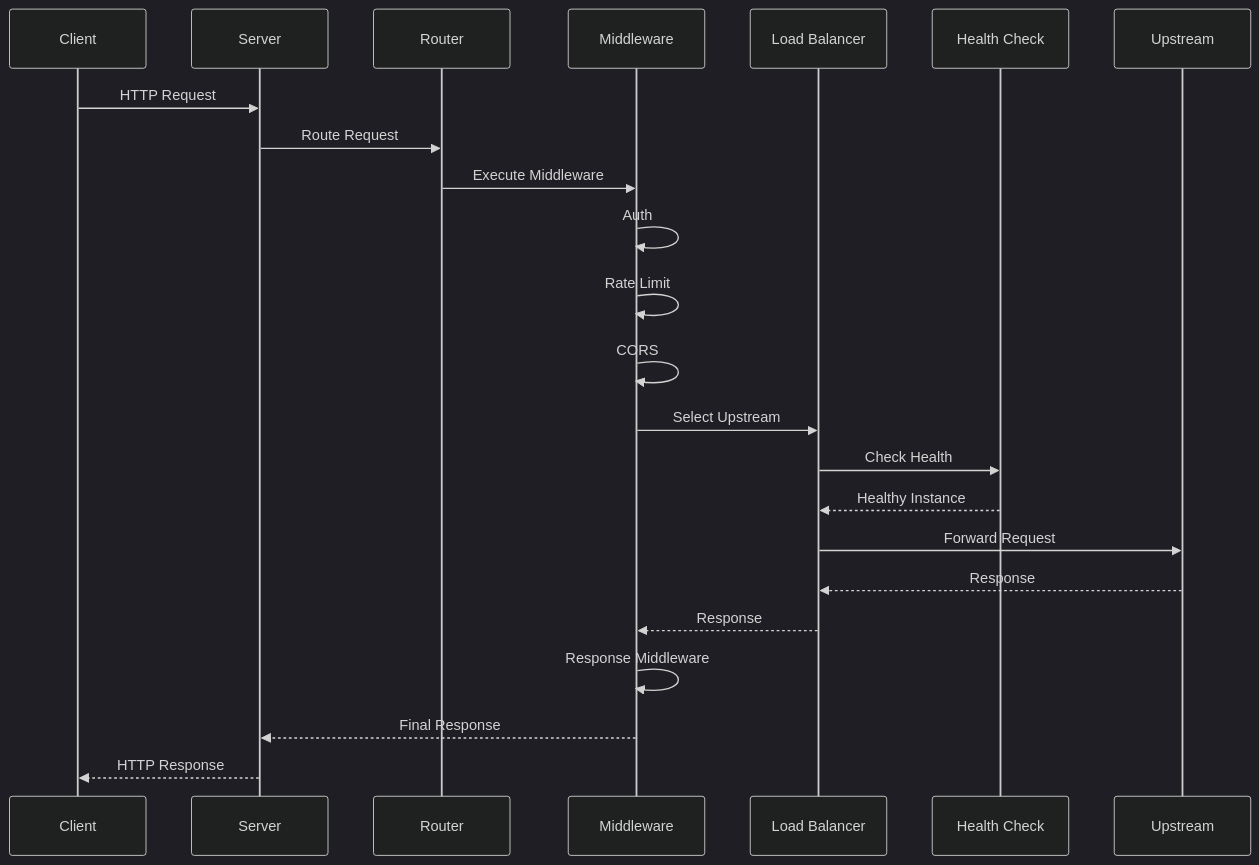
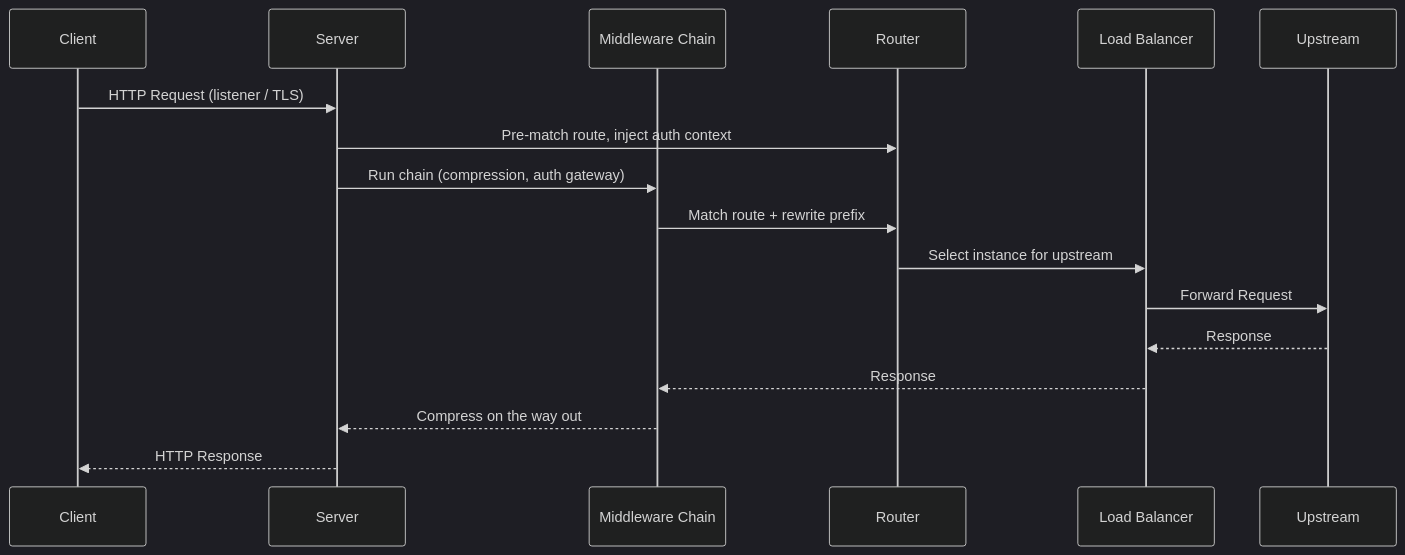
The first of 2 diagrams in frontend/docs/content/docs/concepts/architecture.mdx (xraph/octopus), drawn with Mermaid (dark theme) before and after one commit. The commit also changed other lines of this file and 41 other files, not shown here.

````diff
--- a/frontend/docs/content/docs/concepts/architecture.mdx
+++ b/frontend/docs/content/docs/concepts/architecture.mdx
@@ -245,26 +251,20 @@
 ```mermaid
 sequenceDiagram
     participant C as Client
     participant S as Server
+    participant M as Middleware Chain
     participant R as Router
-    participant M as Middleware
     participant LB as Load Balancer
-    participant H as Health Check
     participant U as Upstream
 
-    C->>S: HTTP Request
-    S->>R: Route Request
-    R->>M: Execute Middleware
-    M->>M: Auth
-    M->>M: Rate Limit
-    M->>M: CORS
-    M->>LB: Select Upstream
-    LB->>H: Check Health
-    H-->>LB: Healthy Instance
+    C->>S: HTTP Request (listener / TLS)
+    S->>R: Pre-match route, inject auth context
+    S->>M: Run chain (compression, auth gateway)
+    M->>R: Match route + rewrite prefix
+    R->>LB: Select instance for upstream
     LB->>U: Forward Request
     U-->>LB: Response
     LB-->>M: Response
-    M->>M: Response Middleware
-    M-->>S: Final Response
+    M-->>S: Compress on the way out
     S-->>C: HTTP Response
 ```
````
